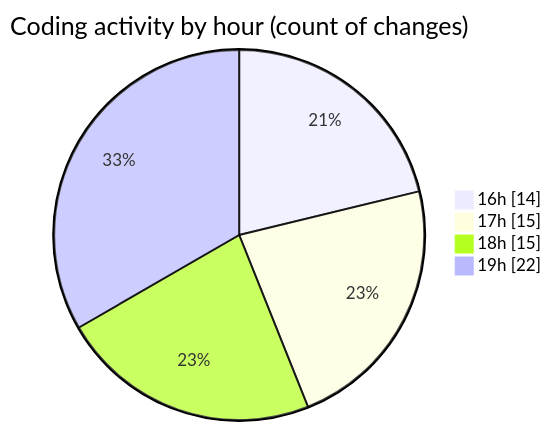
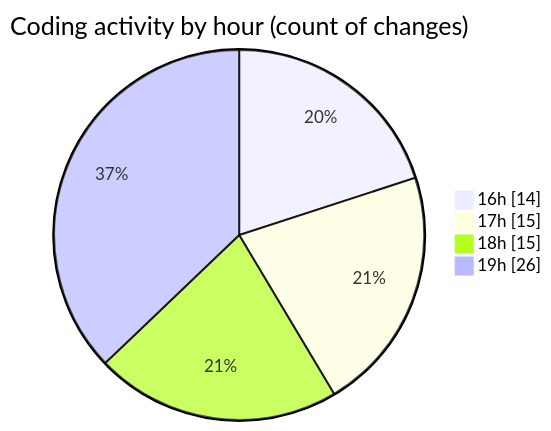
One commit to Elitesun/code-tracking changed the second of 2 diagrams in 2025-01-31/flask/README.md. Above: the diagram before and after it, drawn with Mermaid. The commit also changed other lines of this file and 1 other file, not shown here.

````diff
--- a/2025-01-31/flask/README.md
+++ b/2025-01-31/flask/README.md
@@ -38,8 +38,8 @@
 ```mermaid
 pie showData
 title Coding activity by hour (count of changes)
 "16h" : 14
 "17h" : 15
 "18h" : 15
-"19h" : 22
+"19h" : 26
 ```
````
